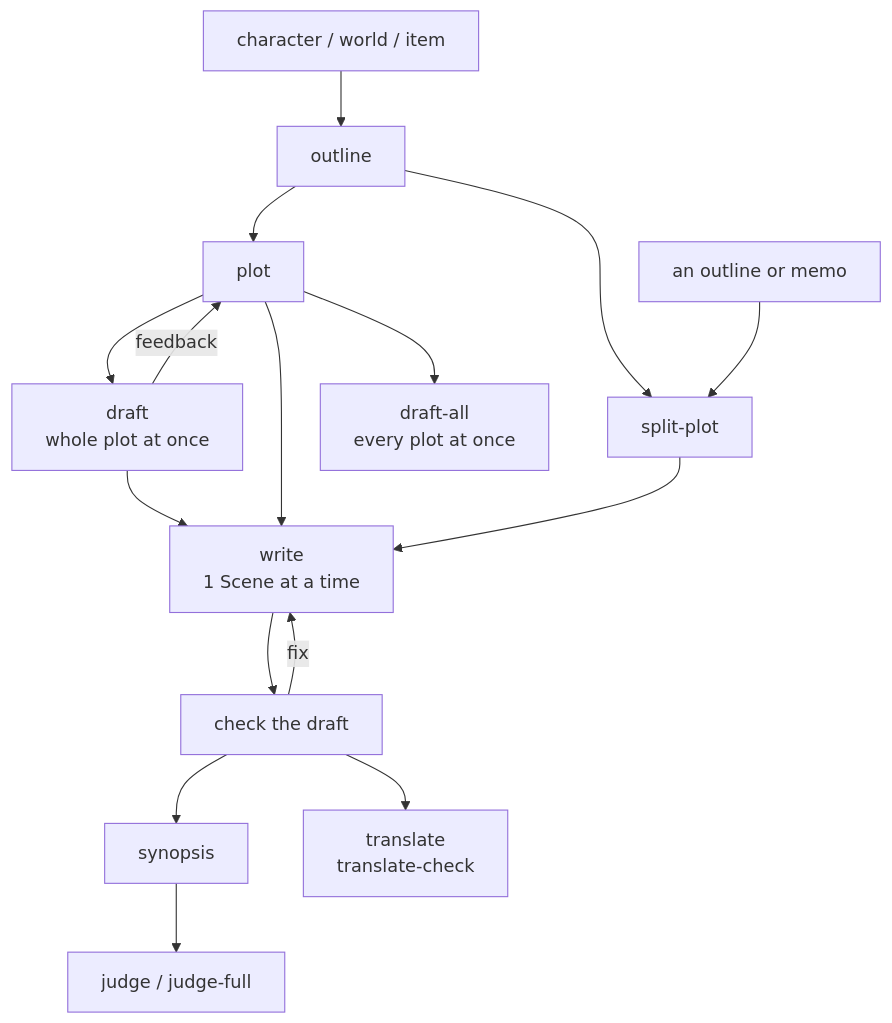
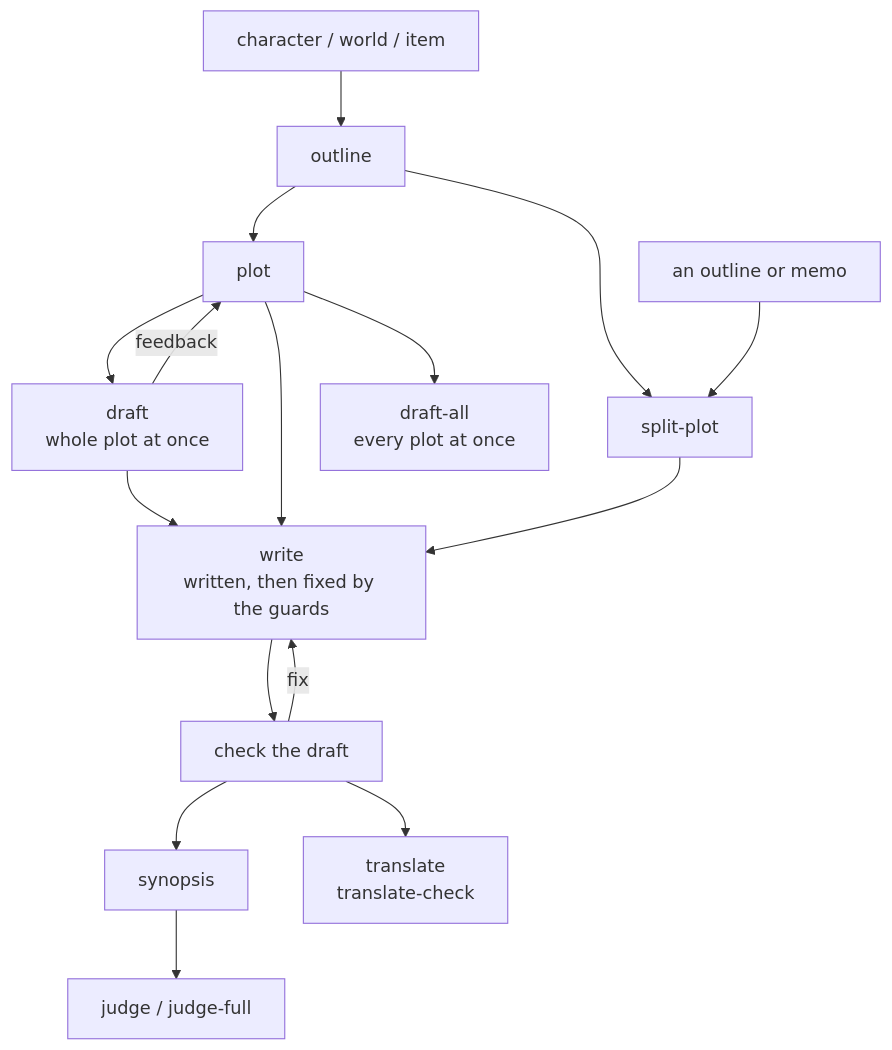
The diagram in domains/story/README.md (omni-stove/skill-kit), drawn with Mermaid before and after one commit. The commit also changed 19 other files, not shown here.

````diff
--- a/domains/story/README.md
+++ b/domains/story/README.md
@@ -8,18 +8,18 @@
 ```mermaid
 flowchart TD
   settings[character / world / item] --> outline[outline]
   outline --> plot[plot]
   outline --> split
   memo[an outline or memo] --> split[split-plot]
   plot --> draft[draft<br/>whole plot at once]
   draft -- "feedback" --> plot
   draft --> write
   plot --> write
   plot --> draftall[draft-all<br/>every plot at once]
-  split --> write[write<br/>1 Scene at a time]
+  split --> write[write<br/>written, then fixed by the guards]
   write --> checks[check the draft]
   checks -- "fix" --> write
   checks --> synopsis[synopsis]
   synopsis --> judge[judge / judge-full]
   checks --> translate[translate<br/>translate-check]
 ```
````
